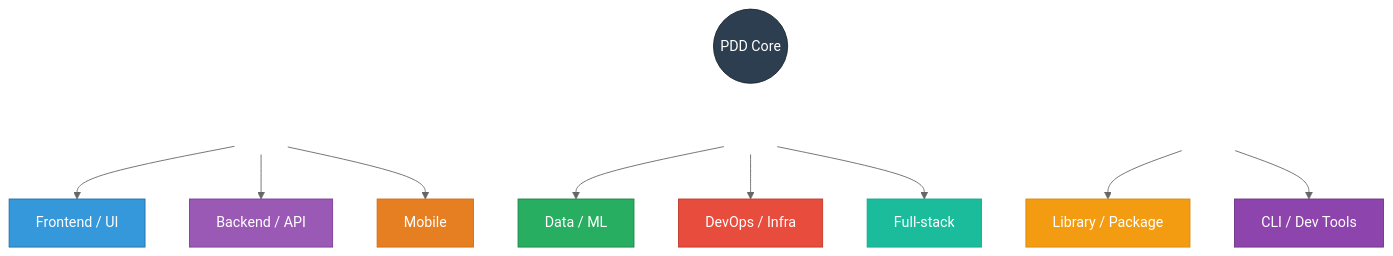
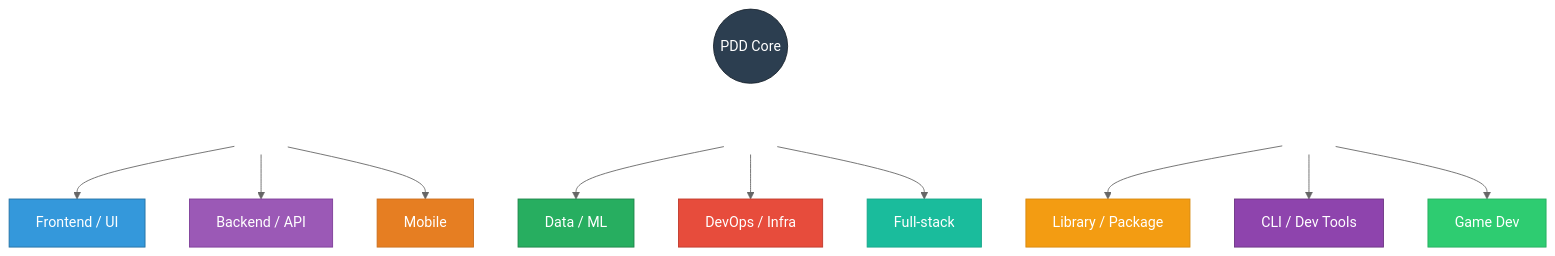
Before and after one commit to harshal2802/pdd-skill: the third of 5 diagrams in docs/philosophy.md, drawn with Mermaid (neutral theme). The commit also changed other lines of this file and 5 other files, not shown here.

````diff
--- a/docs/philosophy.md
+++ b/docs/philosophy.md
@@ -113,34 +113,36 @@
 ```mermaid
 graph TD
     PDD((PDD Core))
 
     PDD --> row1[ ] & row2[ ] & row3[ ]
 
     row1 --> FE["Frontend / UI"]
     row1 --> BE["Backend / API"]
     row1 --> MO["Mobile"]
 
     row2 --> DA["Data / ML"]
     row2 --> DO["DevOps / Infra"]
     row2 --> FS["Full-stack"]
 
     row3 --> LB["Library / Package"]
     row3 --> CL["CLI / Dev Tools"]
+    row3 --> GD["Game Dev"]
 
     style row1 fill:none,stroke:none
     style row2 fill:none,stroke:none
     style row3 fill:none,stroke:none
     style PDD fill:#2c3e50,stroke:#1a252f,color:#fff
     style FE fill:#3498db,stroke:#2471a3,color:#fff
     style BE fill:#9b59b6,stroke:#7d3c98,color:#fff
     style MO fill:#e67e22,stroke:#ca6f1e,color:#fff
     style DA fill:#27ae60,stroke:#1e8449,color:#fff
     style DO fill:#e74c3c,stroke:#c0392b,color:#fff
     style FS fill:#1abc9c,stroke:#17a589,color:#fff
     style LB fill:#f39c12,stroke:#d68910,color:#fff
     style CL fill:#8e44ad,stroke:#6c3483,color:#fff
+    style GD fill:#2ecc71,stroke:#27ae60,color:#fff
 
     linkStyle 0 stroke:none
     linkStyle 1 stroke:none
     linkStyle 2 stroke:none
 ```
````
